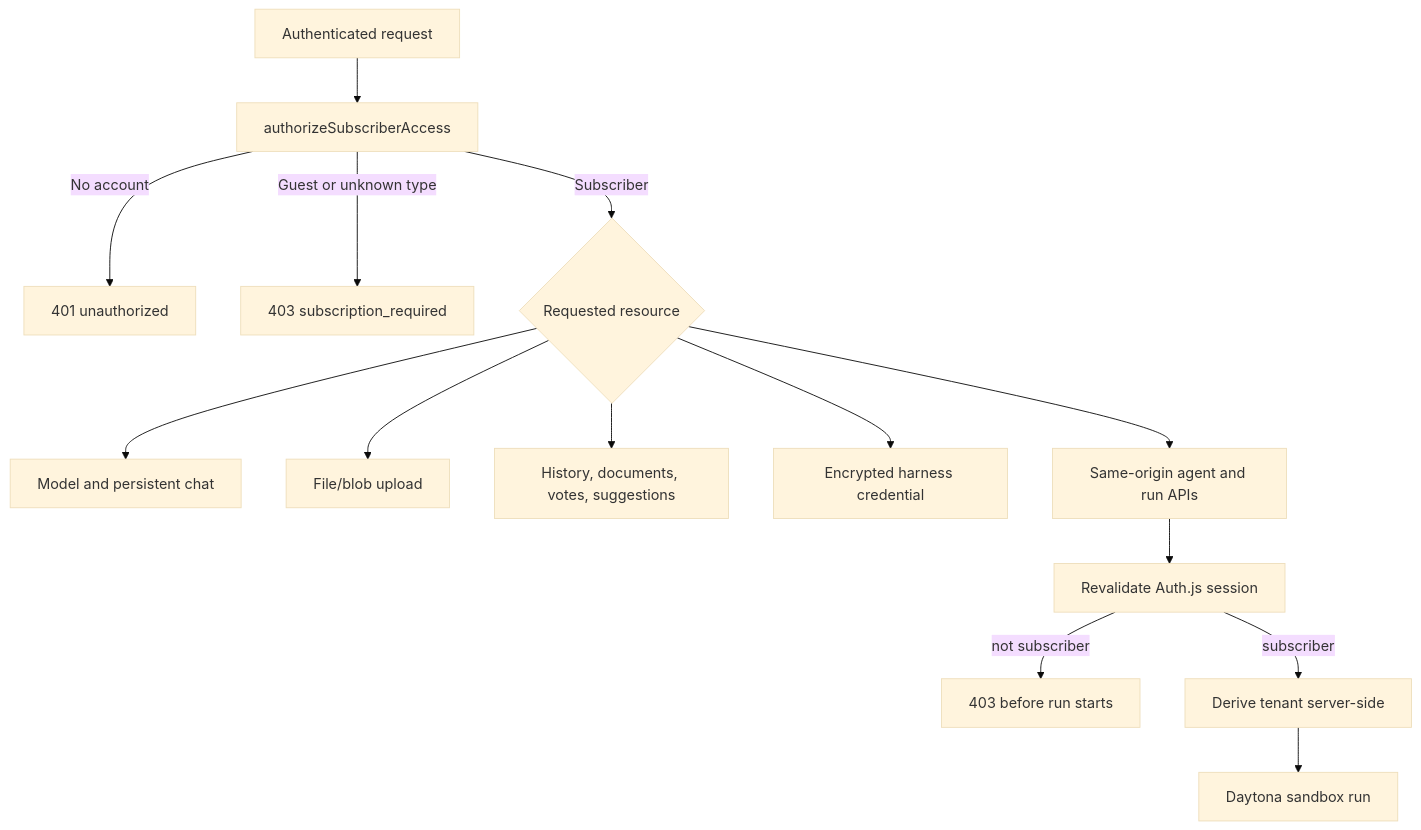
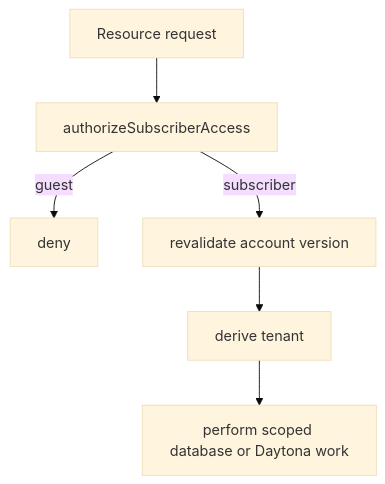
The third of 3 diagrams in docs/security/guest-access.md (OpenCoven/coven-agents), drawn with Mermaid (base theme) before and after one commit. The commit also changed other lines of this file and 82 other files, not shown here.

````diff
--- a/docs/security/guest-access.md
+++ b/docs/security/guest-access.md
@@ -133,16 +49,8 @@
 ```mermaid
 flowchart TD
-    Request[Authenticated request] --> Gate[authorizeSubscriberAccess]
-    Gate -->|No account| U[401 unauthorized]
-    Gate -->|Guest or unknown type| F[403 subscription_required]
-    Gate -->|Subscriber| Resource{Requested resource}
-    Resource --> Chat[Model and persistent chat]
-    Resource --> Blob[File/blob upload]
-    Resource --> DB[History, documents, votes, suggestions]
-    Resource --> Credential[Encrypted harness credential]
-    Resource --> Runner[Same-origin agent and run APIs]
-    Runner --> Session[Revalidate Auth.js session]
-    Session -->|not subscriber| F2[403 before run starts]
-    Session -->|subscriber| Tenant[Derive tenant server-side]
-    Tenant --> Sandbox[Daytona sandbox run]
+    R[Resource request] --> A[authorizeSubscriberAccess]
+    A -->|guest| D[deny]
+    A -->|subscriber| V[revalidate account version]
+    V --> T[derive tenant]
+    T --> X[perform scoped database or Daytona work]
 ```
````
